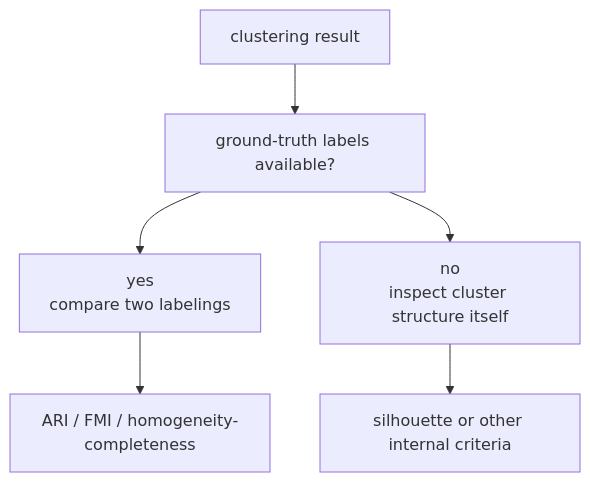
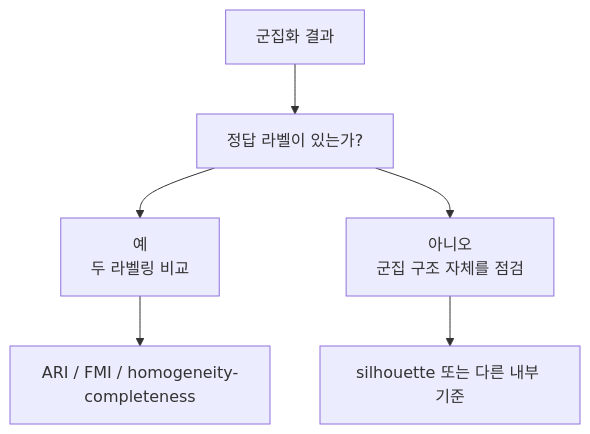
One commit to devchan64/AiBook changed the second of 3 diagrams in docs/parts/part-04/chapter-06/section-02.md. Above: the diagram before and after it, drawn with Mermaid. The commit also changed other lines of this file and 72 other files, not shown here.

````diff
--- a/docs/parts/part-04/chapter-06/section-02.md
+++ b/docs/parts/part-04/chapter-06/section-02.md
@@ -228,15 +228,15 @@
 ```mermaid
 flowchart TD
-  A["clustering result"]
-  B["ground-truth labels available?"]
-  C["yes<br/>compare two labelings"]
-  D["no<br/>inspect cluster structure itself"]
+  A["군집화 결과"]
+  B["정답 라벨이 있는가?"]
+  C["예<br/>두 라벨링 비교"]
+  D["아니오<br/>군집 구조 자체를 점검"]
   E["ARI / FMI / homogeneity-completeness"]
-  F["silhouette or other internal criteria"]
+  F["silhouette 또는 다른 내부 기준"]
 
   A --> B
   B --> C
   B --> D
   C --> E
   D --> F
 ```
````
